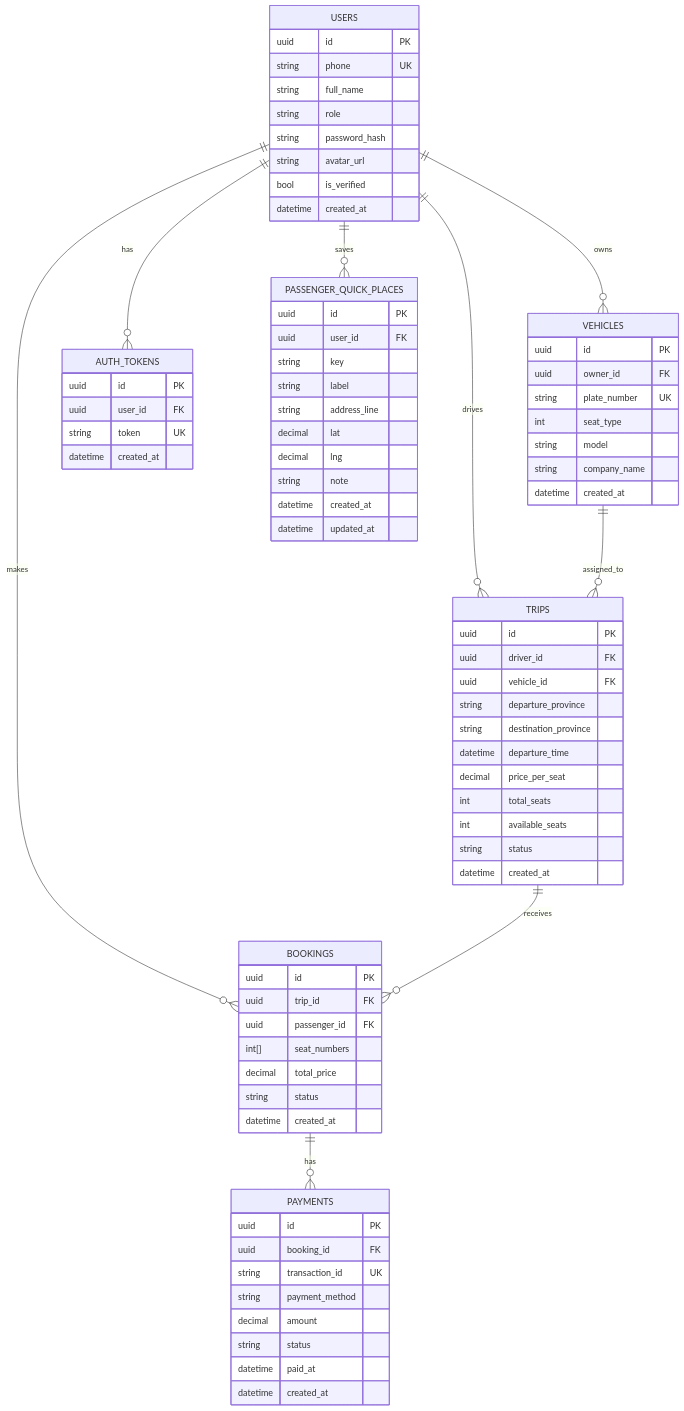
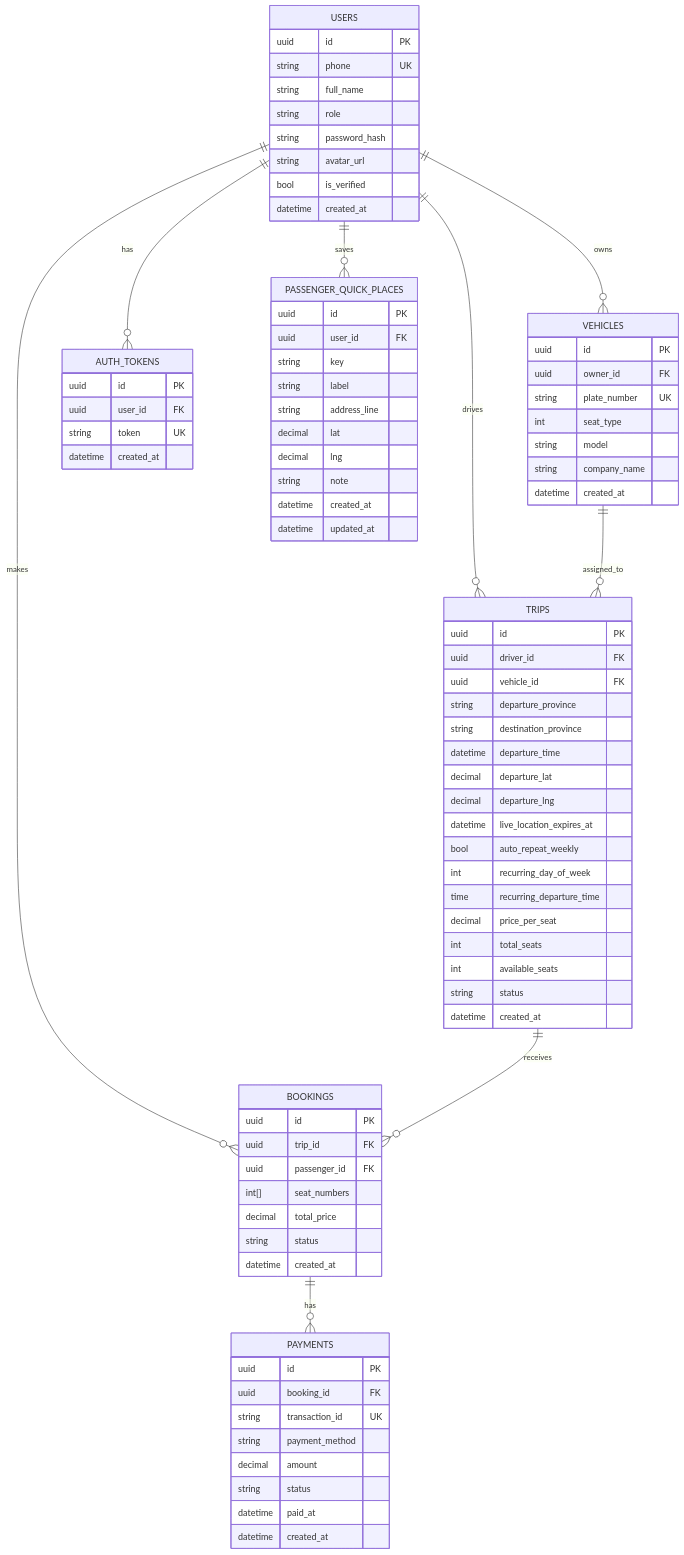
The diagram in PROJECT_GUIDE.md (VirakOum/backend), drawn with Mermaid before and after one commit. The commit also changed other lines of this file and 14 other files, not shown here.

First line of the commit message:
Add trip live location, weekly repeat fields, and live tracking features

```diff
--- a/PROJECT_GUIDE.md
+++ b/PROJECT_GUIDE.md
@@ -80,6 +83,12 @@
       string departure_province
       string destination_province
       datetime departure_time
+      decimal departure_lat
+      decimal departure_lng
+      datetime live_location_expires_at
+      bool auto_repeat_weekly
+      int recurring_day_of_week
+      time recurring_departure_time
       decimal price_per_seat
       int total_seats
       int available_seats
```
